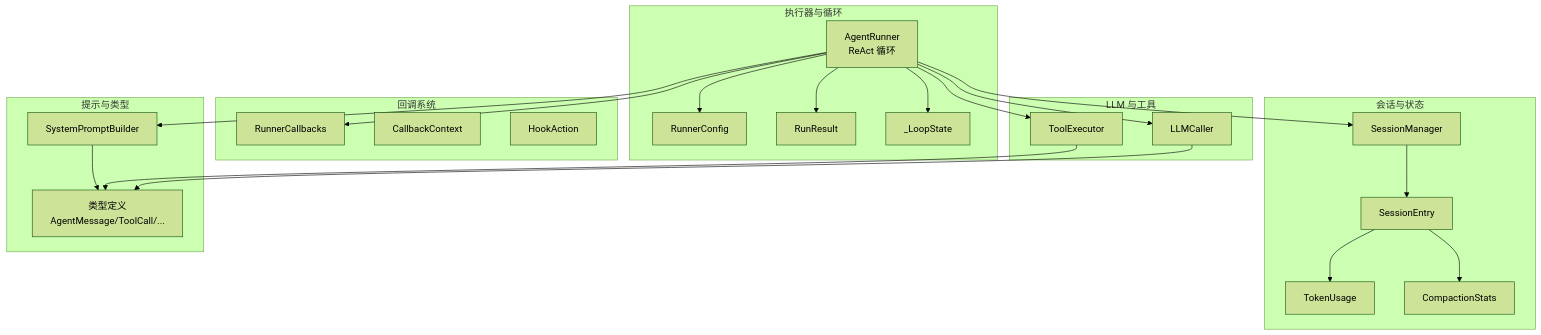
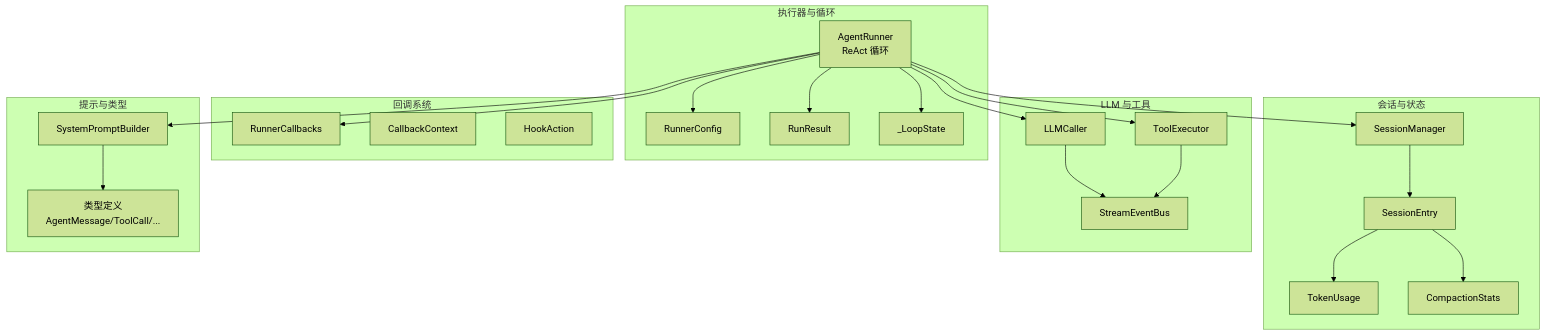
One commit to YU-JI-KUI/ark-agentic changed the first of 10 diagrams in repowiki/zh/content/核心框架/智能体执行系统/智能体执行系统.md. Above: the diagram before and after it, drawn with Mermaid (forest theme). The commit also changed other lines of this file and 12 other files, not shown here.

````diff
--- a/repowiki/zh/content/核心框架/智能体执行系统/智能体执行系统.md
+++ b/repowiki/zh/content/核心框架/智能体执行系统/智能体执行系统.md
@@ -41,42 +53,43 @@
 ```mermaid
 graph TB
 subgraph "执行器与循环"
 R["AgentRunner<br/>ReAct 循环"]
 RC["RunnerConfig"]
 RR["RunResult"]
 LS["_LoopState"]
 end
 subgraph "回调系统"
 CB["RunnerCallbacks"]
 CC["CallbackContext"]
 HA["HookAction"]
 end
 subgraph "会话与状态"
 SM["SessionManager"]
 SE["SessionEntry"]
 TU["TokenUsage"]
 CS["CompactionStats"]
 end
 subgraph "LLM 与工具"
 LC["LLMCaller"]
 TE["ToolExecutor"]
+EB["StreamEventBus"]
 end
 subgraph "提示与类型"
 SPB["SystemPromptBuilder"]
 T["类型定义<br/>AgentMessage/ToolCall/..."]
 end
 R --> LC
 R --> TE
 R --> SM
 R --> CB
 R --> SPB
 R --> RC
 R --> RR
 R --> LS
 SM --> SE
 SE --> TU
 SE --> CS
-LC --> T
-TE --> T
+LC --> EB
+TE --> EB
 SPB --> T
 ```
````
